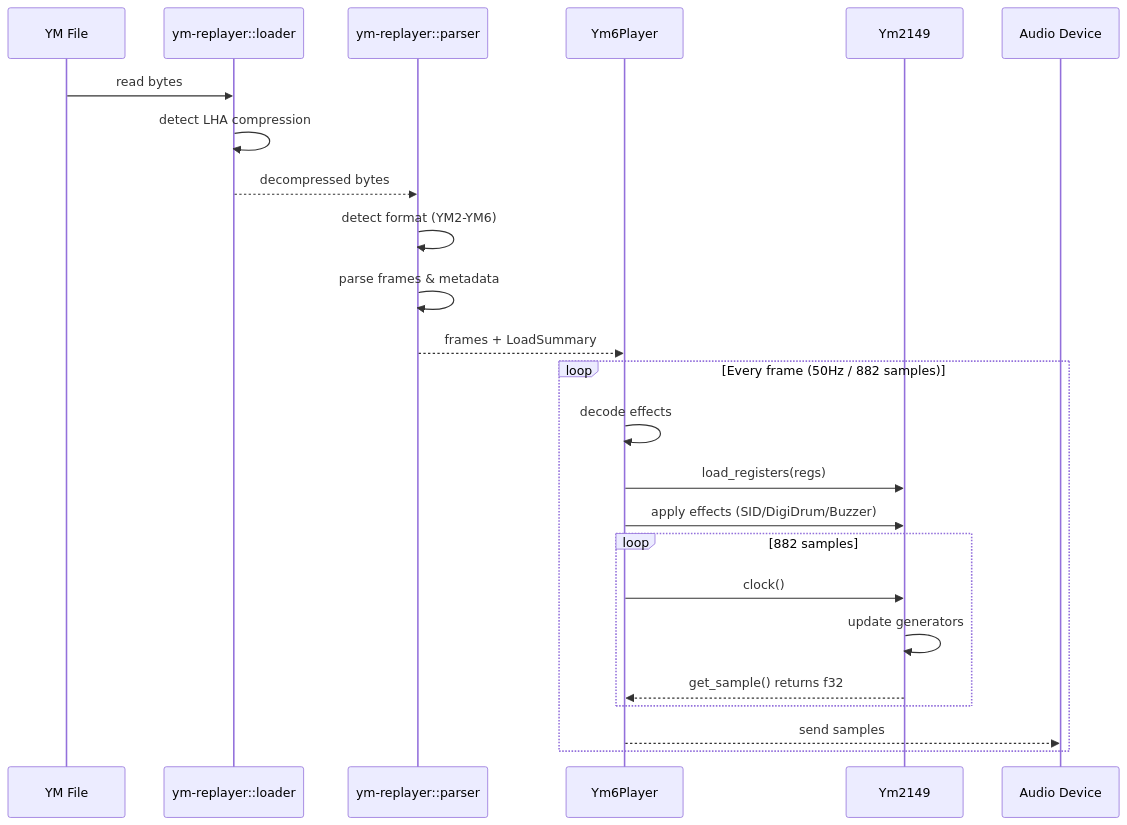
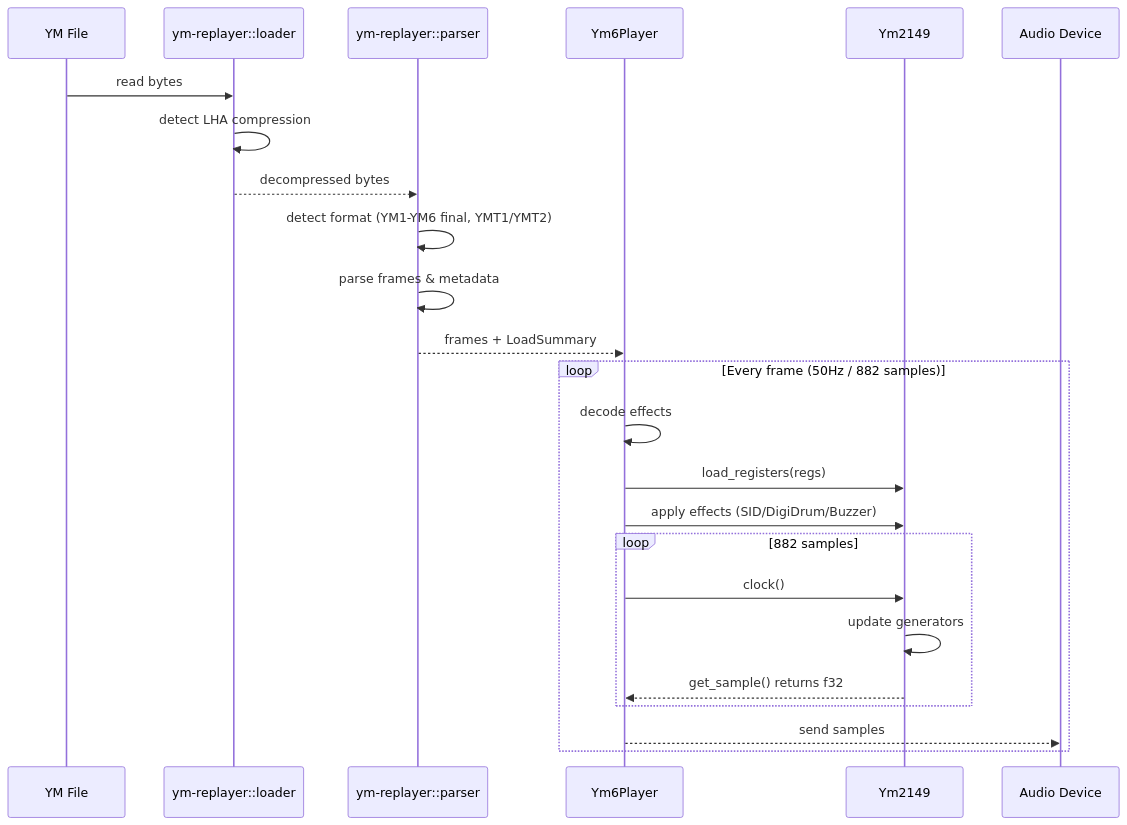
Before and after one commit to slippyex/ym2149-rs: the second of 4 diagrams in ARCHITECTURE.md, drawn with Mermaid. The commit also changed other lines of this file and 37 other files, not shown here.

````diff
--- a/ARCHITECTURE.md
+++ b/ARCHITECTURE.md
@@ -58,30 +58,30 @@
 ```mermaid
 sequenceDiagram
     participant File as YM File
     participant Loader as ym-replayer::loader
     participant Parser as ym-replayer::parser
     participant Player as Ym6Player
     participant Chip as Ym2149
     participant Audio as Audio Device
 
     File->>Loader: read bytes
     Loader->>Loader: detect LHA compression
     Loader-->>Parser: decompressed bytes
-    Parser->>Parser: detect format (YM2-YM6)
+    Parser->>Parser: detect format (YM1-YM6 final, YMT1/YMT2)
     Parser->>Parser: parse frames & metadata
     Parser-->>Player: frames + LoadSummary
 
     loop Every frame (50Hz / 882 samples)
         Player->>Player: decode effects
         Player->>Chip: load_registers(regs)
         Player->>Chip: apply effects (SID/DigiDrum/Buzzer)
 
         loop 882 samples
             Player->>Chip: clock()
             Chip->>Chip: update generators
             Chip-->>Player: get_sample() returns f32
         end
 
         Player-->>Audio: send samples
     end
 ```
````
